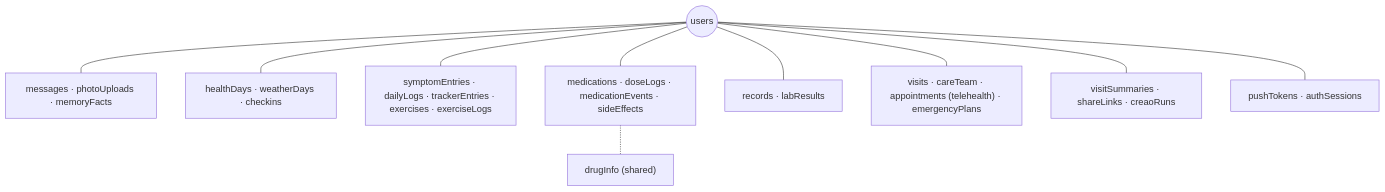
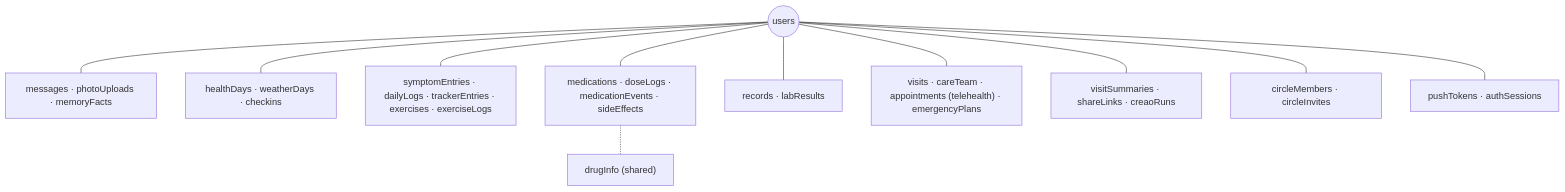
One commit to johnandrian/wellnest changed the third of 4 diagrams in README.md. Above: the diagram before and after it, drawn with Mermaid. The commit also changed other lines of this file and 41 other files, not shown here.

````diff
--- a/README.md
+++ b/README.md
@@ -87,13 +88,14 @@
 ```mermaid
 flowchart TB
   users(("users"))
   users --- chat["messages · photoUploads · memoryFacts"]
   users --- health["healthDays · weatherDays · checkins"]
   users --- journal["symptomEntries · dailyLogs · trackerEntries · exercises · exerciseLogs"]
   users --- meds["medications · doseLogs · medicationEvents · sideEffects"]
   users --- records["records · labResults"]
   meds -.- drugInfo["drugInfo (shared)"]
   users --- care["visits · careTeam · appointments (telehealth) · emergencyPlans"]
   users --- out["visitSummaries · shareLinks · creaoRuns"]
+  users --- circle["circleMembers · circleInvites"]
   users --- devices["pushTokens · authSessions"]
 ```
````
